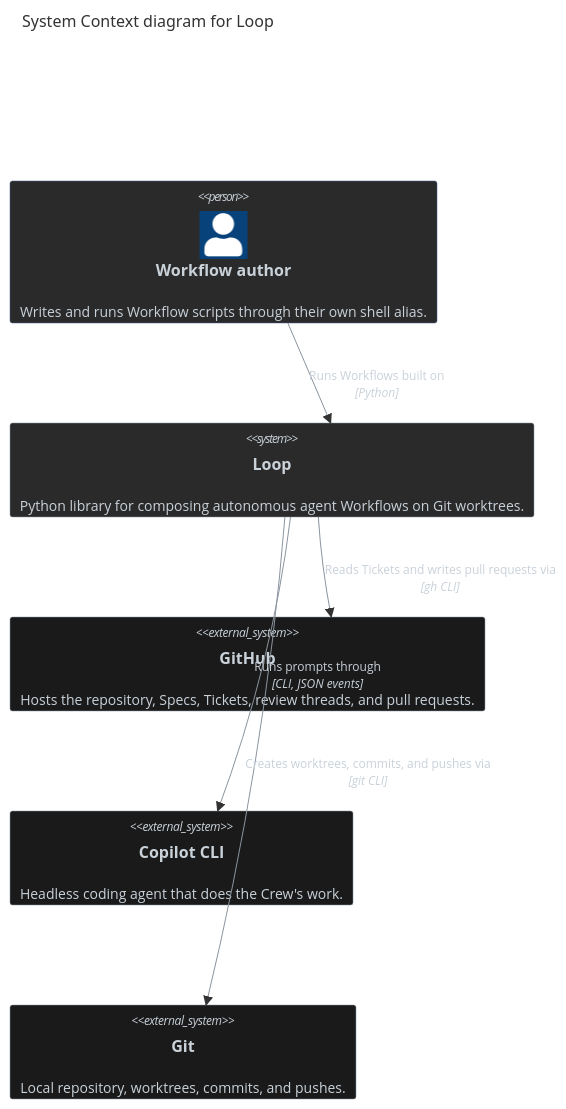
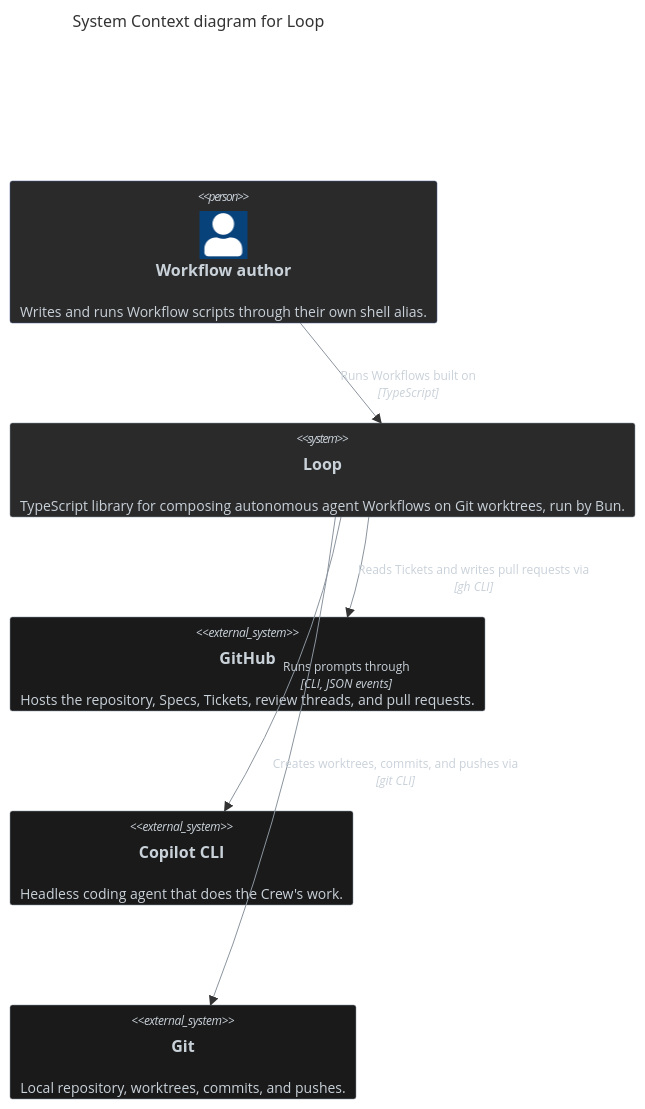
One commit to antshc/loop changed the first of 2 diagrams in docs/building-blocks/system-context.md. Above: the diagram before and after it, drawn with Mermaid. The commit also changed other lines of this file and 30 other files, not shown here.

First line of the commit message:
docs: supersede Python-era records, record Bun/TypeScript and DI decisions (#143)

````diff
--- a/docs/building-blocks/system-context.md
+++ b/docs/building-blocks/system-context.md
@@ -5,34 +5,34 @@
 ```mermaid
 ---
 config:
   c4:
     c4ShapePadding: 20
 ---
 %% diagram-id: loop-system-context
 C4Context
     title System Context diagram for Loop
 
     Person(author, "Workflow author", "Writes and runs Workflow scripts through their own shell alias.")
 
-    System(loop, "Loop", "Python library for composing autonomous agent Workflows on Git worktrees.")
+    System(loop, "Loop", "TypeScript library for composing autonomous agent Workflows on Git worktrees, run by Bun.")
 
     System_Ext(github, "GitHub", "Hosts the repository, Specs, Tickets, review threads, and pull requests.")
     System_Ext(copilot, "Copilot CLI", "Headless coding agent that does the Crew's work.")
     System_Ext(git, "Git", "Local repository, worktrees, commits, and pushes.")
 
-    Rel(author, loop, "Runs Workflows built on", "Python")
+    Rel(author, loop, "Runs Workflows built on", "TypeScript")
     Rel(loop, github, "Reads Tickets and writes pull requests via", "gh CLI")
     Rel(loop, copilot, "Runs prompts through", "CLI, JSON events")
     Rel(loop, git, "Creates worktrees, commits, and pushes via", "git CLI")
 
     UpdateElementStyle(author, $fontColor="#c9d1d9", $bgColor="#2a2a2a", $borderColor="#4a5a8a")
     UpdateElementStyle(loop, $fontColor="#c9d1d9", $bgColor="#2a2a2a", $borderColor="#8b949e")
     UpdateElementStyle(github, $fontColor="#c9d1d9", $bgColor="#1a1a1a", $borderColor="#8b949e")
     UpdateElementStyle(copilot, $fontColor="#c9d1d9", $bgColor="#1a1a1a", $borderColor="#8b949e")
     UpdateElementStyle(git, $fontColor="#c9d1d9", $bgColor="#1a1a1a", $borderColor="#8b949e")
 
     UpdateRelStyle(author, loop, $textColor="#c9d1d9", $lineColor="#8b949e")
     UpdateRelStyle(loop, github, $textColor="#c9d1d9", $lineColor="#8b949e")
     UpdateRelStyle(loop, copilot, $textColor="#c9d1d9", $lineColor="#8b949e")
     UpdateRelStyle(loop, git, $textColor="#c9d1d9", $lineColor="#8b949e")
 ```
````
